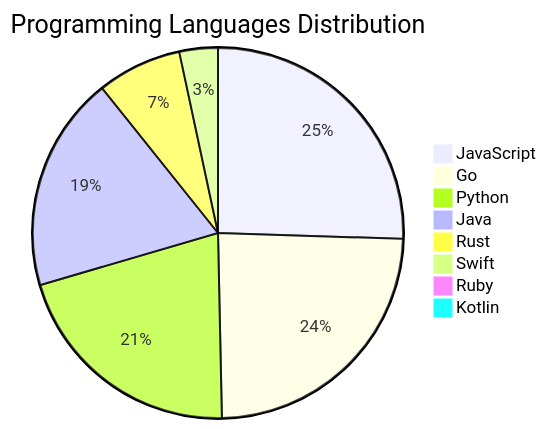
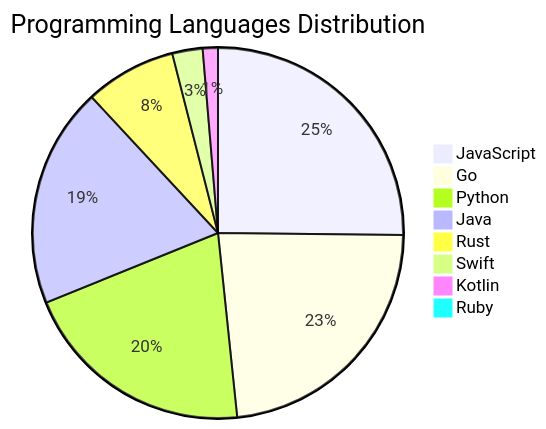
The diagram in README.md (Derrick-MUGISHA/github-activity-bot), drawn with Mermaid before and after one commit. The commit also changed other lines of this file and 4 other files, not shown here.

````diff
--- a/README.md
+++ b/README.md
@@ -208,11 +208,11 @@
 ```mermaid
 pie title Programming Languages Distribution
     "JavaScript" : 38
-    "Go" : 36
+    "Go" : 35
     "Python" : 31
-    "Java" : 28
-    "Rust" : 11
-    "Swift" : 5
+    "Java" : 29
+    "Rust" : 12
+    "Swift" : 4
+    "Kotlin" : 2
     "Ruby" : 1
-    "Kotlin" : 1
 ```
````
